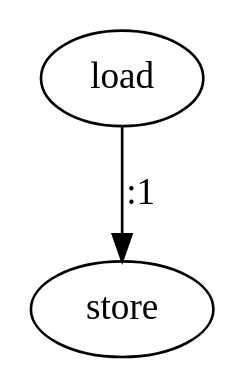
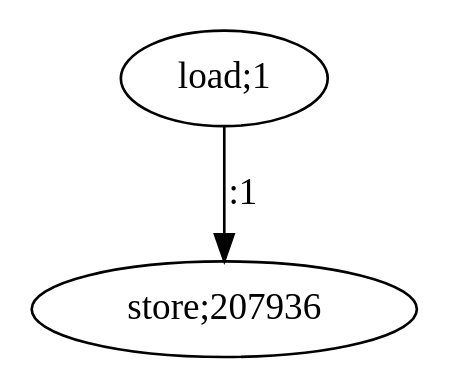
Before and after one commit to nikhilsambhus/MASc-graphDots: the diagram in rnet18_1.dot, drawn with Graphviz. The commit also changed 51 other files, not shown here.

```diff
--- a/rnet18_1.dot
+++ b/rnet18_1.dot
@@ -1,6 +1,6 @@
 digraph  {
-   0 [label="load"];
-   1 [label="store"];
+   0 [label="load;1"];
+   1 [label="store;207936"];
 
    0->1 [label=":1"]
 }
```
